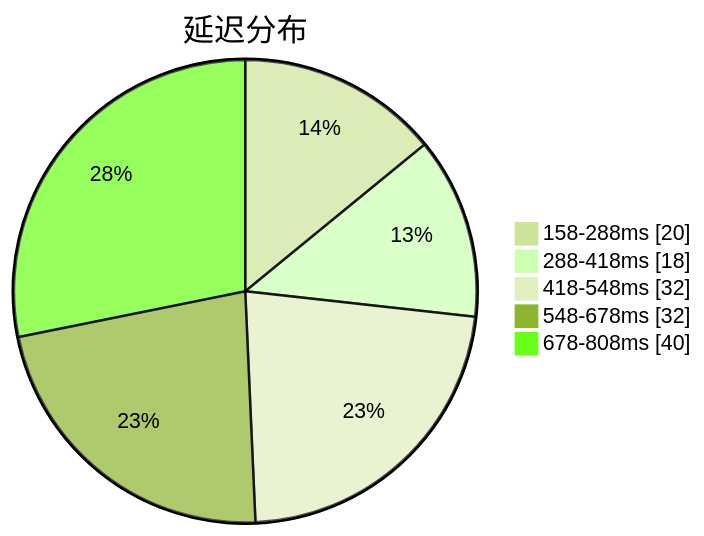
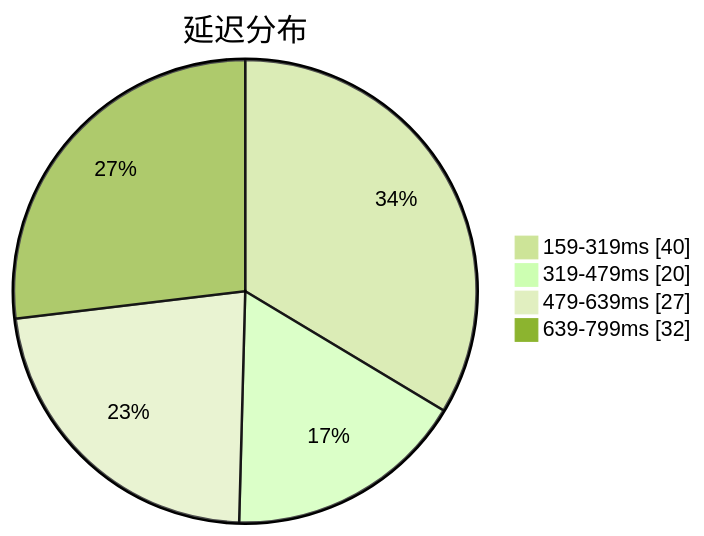
Before and after one commit to qjlxg/airport: the first of 3 diagrams in subs/statistics/tested_within.md, drawn with Mermaid (forest theme). The commit also changed other lines of this file and 2 other files, not shown here.

````diff
--- a/subs/statistics/tested_within.md
+++ b/subs/statistics/tested_within.md
@@ -2,9 +2,8 @@
 ```mermaid
 pie showData
 title 延迟分布
-"158-288ms" : 20
-"288-418ms" : 18
-"418-548ms" : 32
-"548-678ms" : 32
-"678-808ms" : 40
+"159-319ms" : 40
+"319-479ms" : 20
+"479-639ms" : 27
+"639-799ms" : 32
 ```
````
